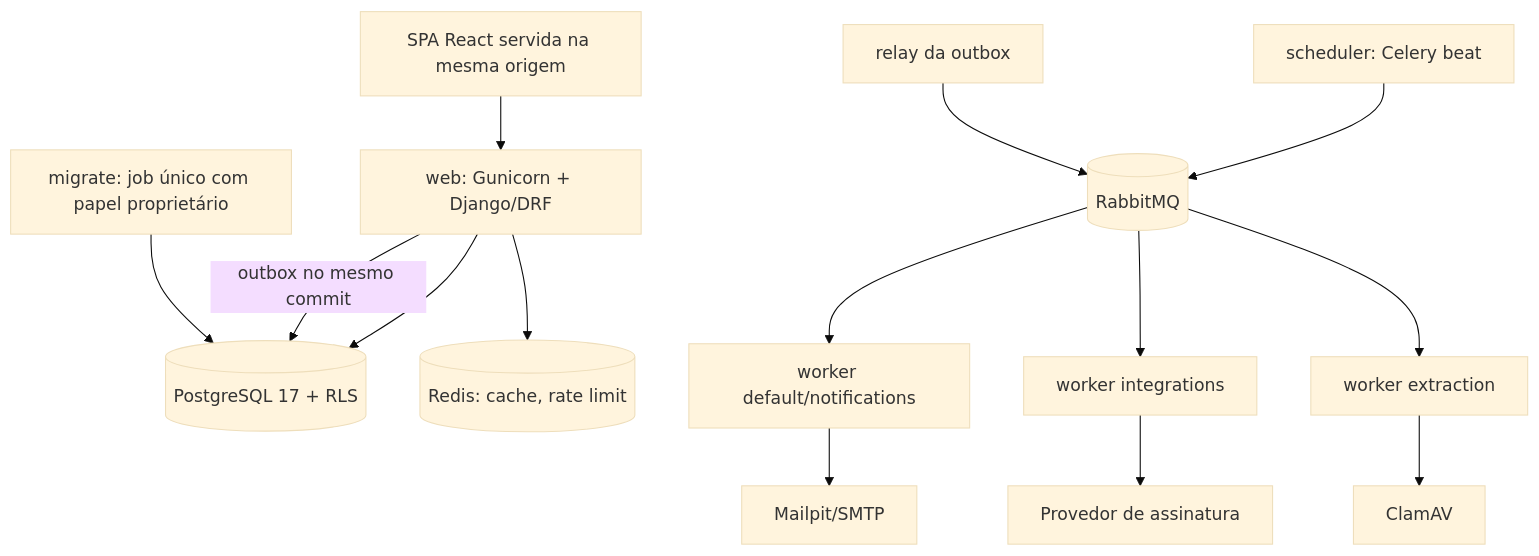
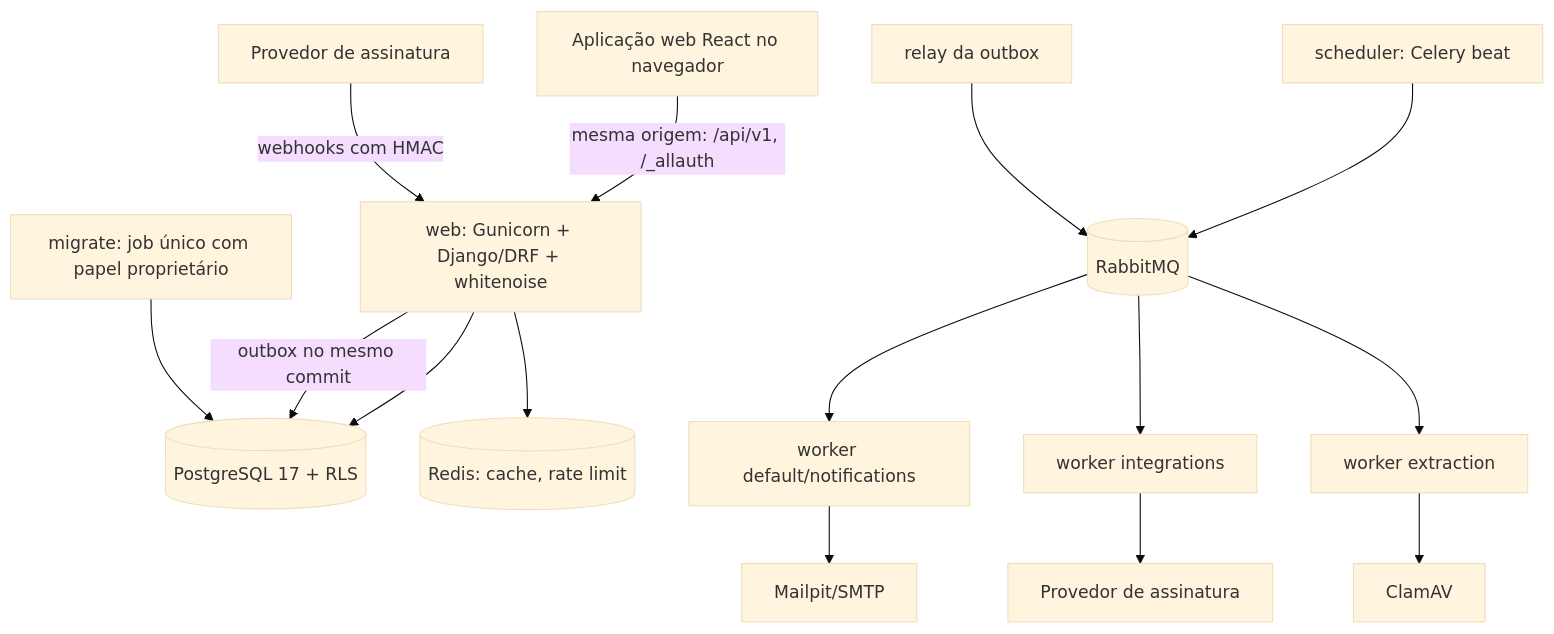
The second of 7 diagrams in docs/ARQUITETURA.md (ricartefelipe/pactor), drawn with Mermaid (base theme) before and after one commit. The commit also changed other lines of this file and 6 other files, not shown here.

Commit message:
docs: documentar a aplicação web, o roteiro no navegador e as limitações reais

````diff
--- a/docs/ARQUITETURA.md
+++ b/docs/ARQUITETURA.md
@@ -16,16 +16,17 @@
 ```mermaid
 flowchart TB
-  browser[SPA React servida na mesma origem] --> web
-  web[web: Gunicorn + Django/DRF] --> pg[(PostgreSQL 17 + RLS)]
+  browser[Aplicação web React no navegador] -->|mesma origem: /api/v1, /_allauth| web
+  web[web: Gunicorn + Django/DRF + whitenoise] --> pg[(PostgreSQL 17 + RLS)]
+  webhook[Provedor de assinatura] -->|webhooks com HMAC| web
   web --> redis[(Redis: cache, rate limit)]
   web -->|outbox no mesmo commit| pg
   beat[scheduler: Celery beat] --> mq[(RabbitMQ)]
   relay[relay da outbox] --> mq
   mq --> wdef[worker default/notifications]
   mq --> wint[worker integrations]
   mq --> wext[worker extraction]
   wext --> clam[ClamAV]
   wint --> sign[Provedor de assinatura]
   wdef --> mail[Mailpit/SMTP]
   migrate[migrate: job único com papel proprietário] --> pg
 ```
````
